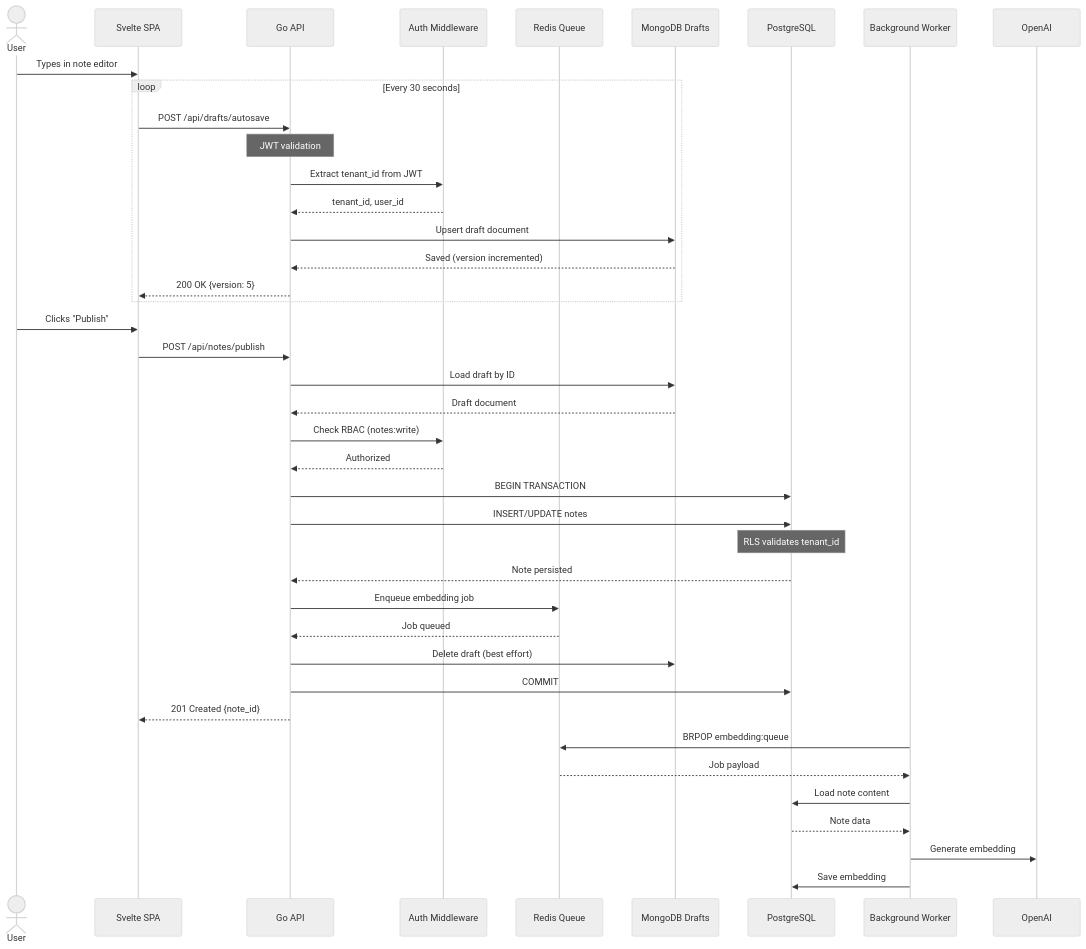
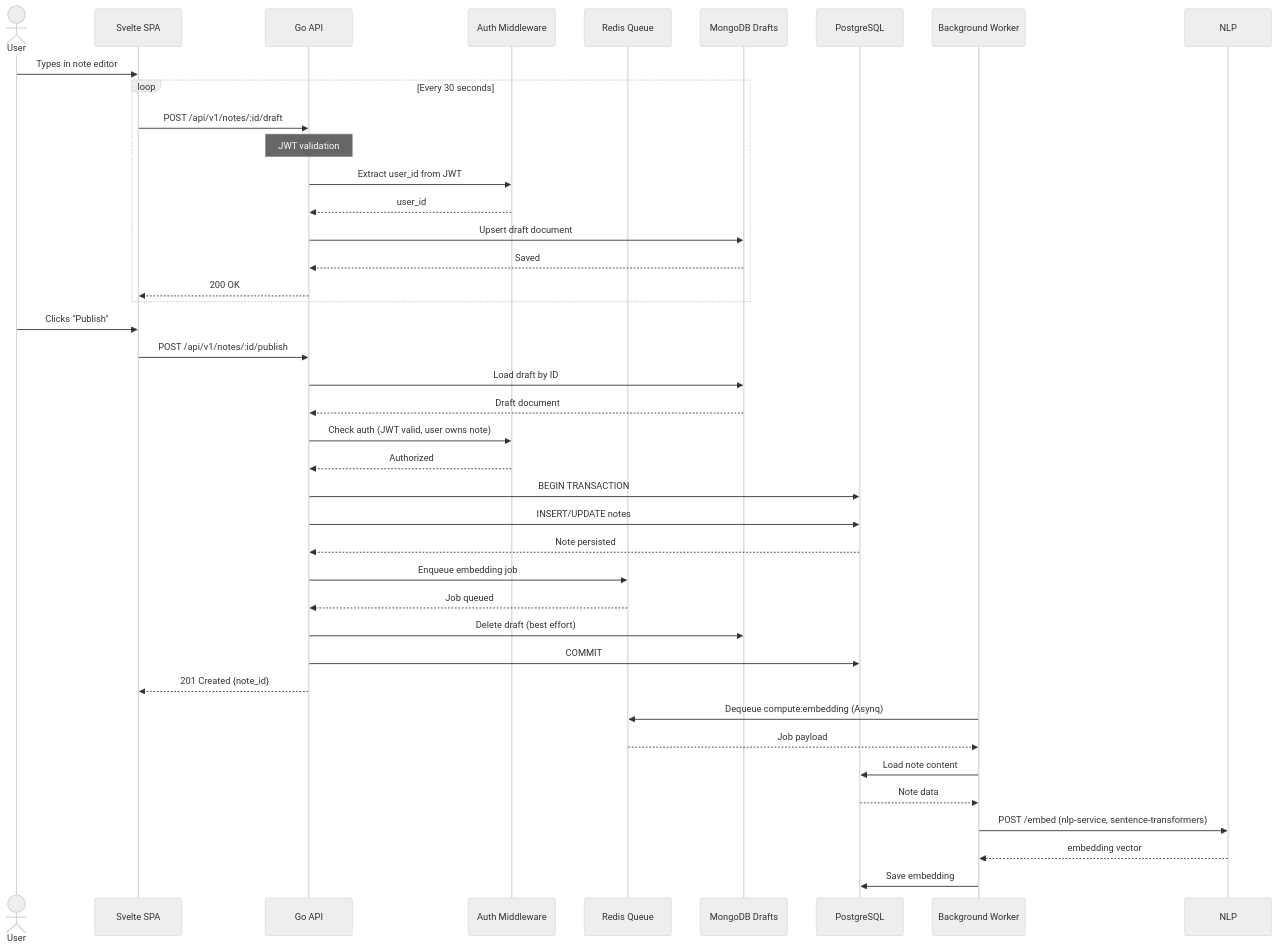
One commit to Killaret/knowledge-graph changed the second of 4 diagrams in docs/architecture/ARCHITECTURE_SUMMARY.md. Above: the diagram before and after it, drawn with Mermaid (neutral theme). The commit also changed other lines of this file and 3 other files, not shown here.

First line of the commit message:
DOC-AUDIT-2 stage A: ARCHITECTURE_EN + ARCHITECTURE_SUMMARY vs code

````diff
--- a/docs/architecture/ARCHITECTURE_SUMMARY.md
+++ b/docs/architecture/ARCHITECTURE_SUMMARY.md
@@ -66,49 +74,49 @@
 ```mermaid
 sequenceDiagram
     actor User
     participant Browser as Svelte SPA
     participant API as Go API
     participant Auth as Auth Middleware
     participant Redis as Redis Queue
     participant Mongo as MongoDB Drafts
     participant Postgres as PostgreSQL
     participant Worker as Background Worker
 
     User->>Browser: Types in note editor
     loop Every 30 seconds
-        Browser->>API: POST /api/drafts/autosave
+        Browser->>API: POST /api/v1/notes/:id/draft
         Note over API: JWT validation
-        API->>Auth: Extract tenant_id from JWT
-        Auth-->>API: tenant_id, user_id
+        API->>Auth: Extract user_id from JWT
+        Auth-->>API: user_id
         API->>Mongo: Upsert draft document
-        Mongo-->>API: Saved (version incremented)
-        API-->>Browser: 200 OK {version: 5}
+        Mongo-->>API: Saved
+        API-->>Browser: 200 OK
     end
 
     User->>Browser: Clicks "Publish"
-    Browser->>API: POST /api/notes/publish
+    Browser->>API: POST /api/v1/notes/:id/publish
     API->>Mongo: Load draft by ID
     Mongo-->>API: Draft document
     
-    API->>Auth: Check RBAC (notes:write)
+    API->>Auth: Check auth (JWT valid, user owns note)
     Auth-->>API: Authorized
     
     API->>Postgres: BEGIN TRANSACTION
     API->>Postgres: INSERT/UPDATE notes
-    Note over Postgres: RLS validates tenant_id
     Postgres-->>API: Note persisted
     
     API->>Redis: Enqueue embedding job
     Redis-->>API: Job queued
     API->>Mongo: Delete draft (best effort)
     API->>Postgres: COMMIT
     
     API-->>Browser: 201 Created {note_id}
     
-    Worker->>Redis: BRPOP embedding:queue
+    Worker->>Redis: Dequeue compute:embedding (Asynq)
     Redis-->>Worker: Job payload
     Worker->>Postgres: Load note content
     Postgres-->>Worker: Note data
-    Worker->>OpenAI: Generate embedding
+    Worker->>NLP: POST /embed (nlp-service, sentence-transformers)
+    NLP-->>Worker: embedding vector
     Worker->>Postgres: Save embedding
 ```
````
